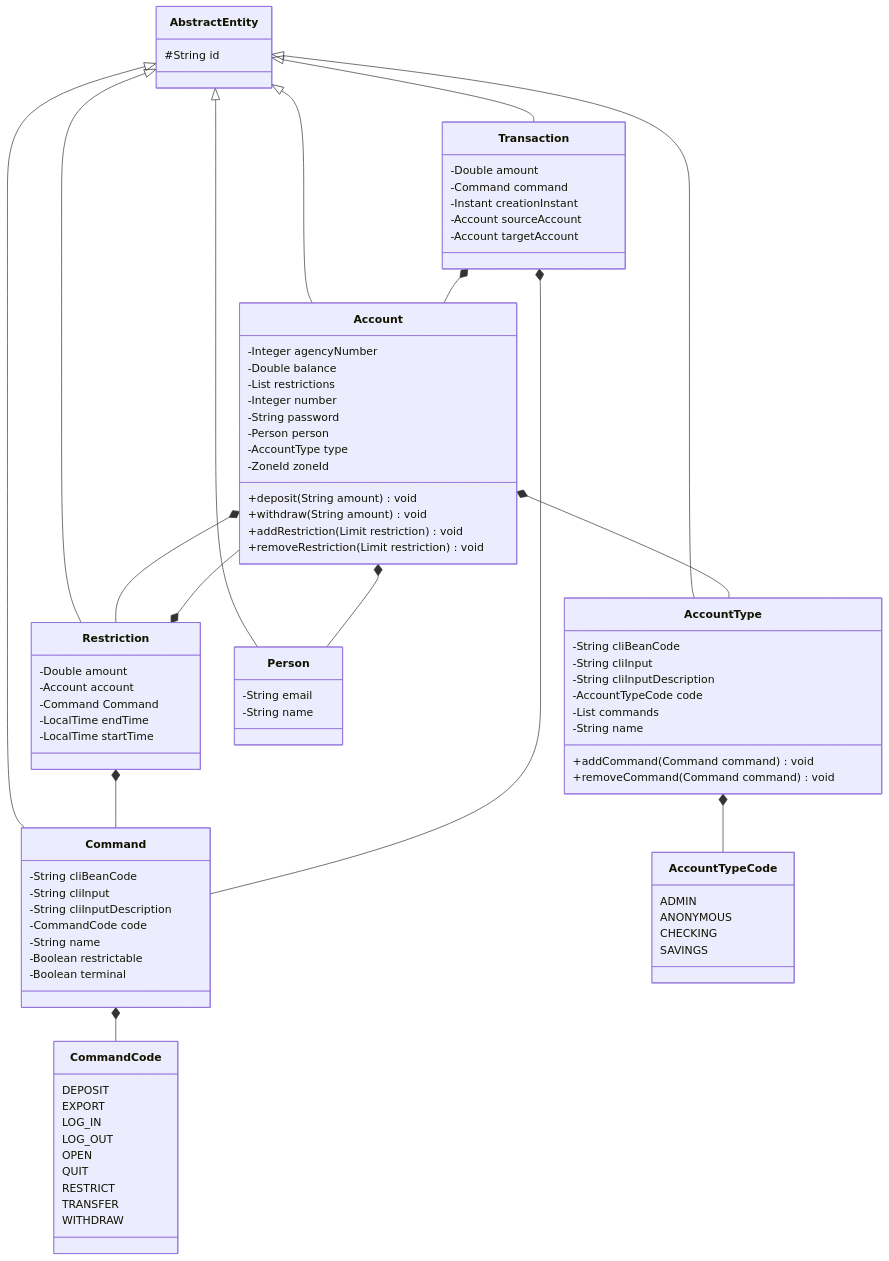
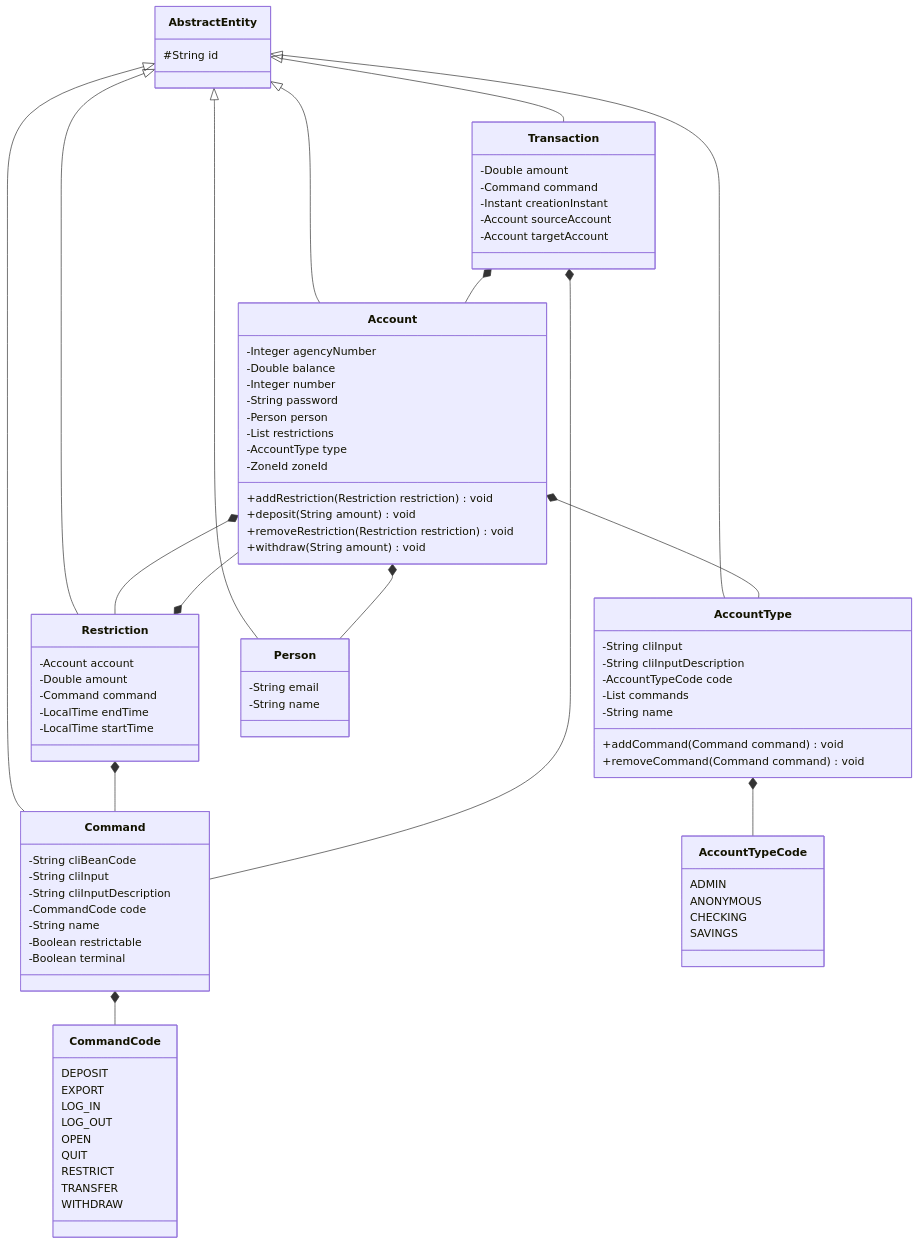
The first of 2 diagrams in README.md (conrado-garcia-studies/dubidubibank), drawn with Mermaid before and after one commit. The commit also changed other lines of this file and 26 other files, not shown here.

```diff
--- a/README.md
+++ b/README.md
@@ -109,20 +109,19 @@
     class Account {
         -Integer agencyNumber
         -Double balance
-        -List<Restriction> restrictions
         -Integer number
         -String password
         -Person person
+        -List<Restriction> restrictions
         -AccountType type
         -ZoneId zoneId
+        +addRestriction(Restriction restriction) void
         +deposit(String amount) void
+        +removeRestriction(Restriction restriction) void
         +withdraw(String amount) void
-        +addRestriction(Limit restriction) void
-        +removeRestriction(Limit restriction) void
     }
 
     class AccountType {
-        -String cliBeanCode
         -String cliInput
         -String cliInputDescription
         -AccountTypeCode code
@@ -162,9 +161,9 @@
     }
 
     class Restriction {
+        -Account account
         -Double amount
-        -Account account
-        -Command Command
+        -Command command
         -LocalTime endTime
         -LocalTime startTime
     }
```
